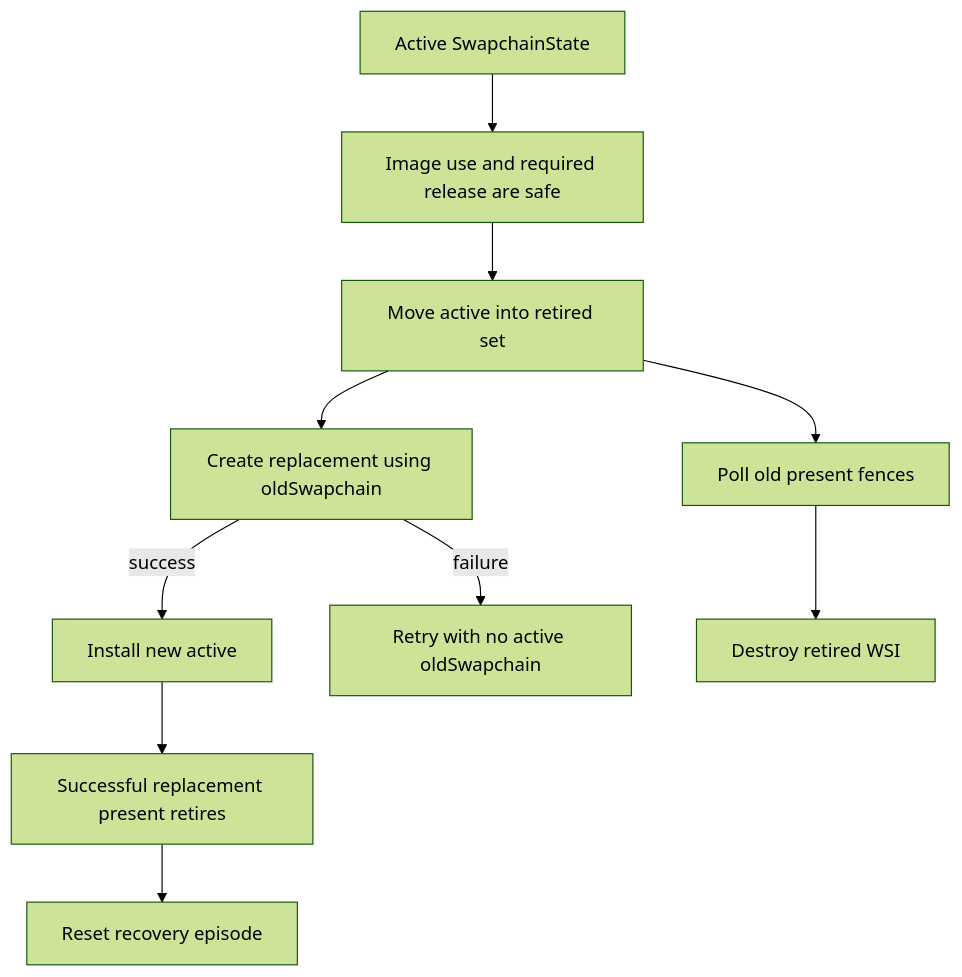
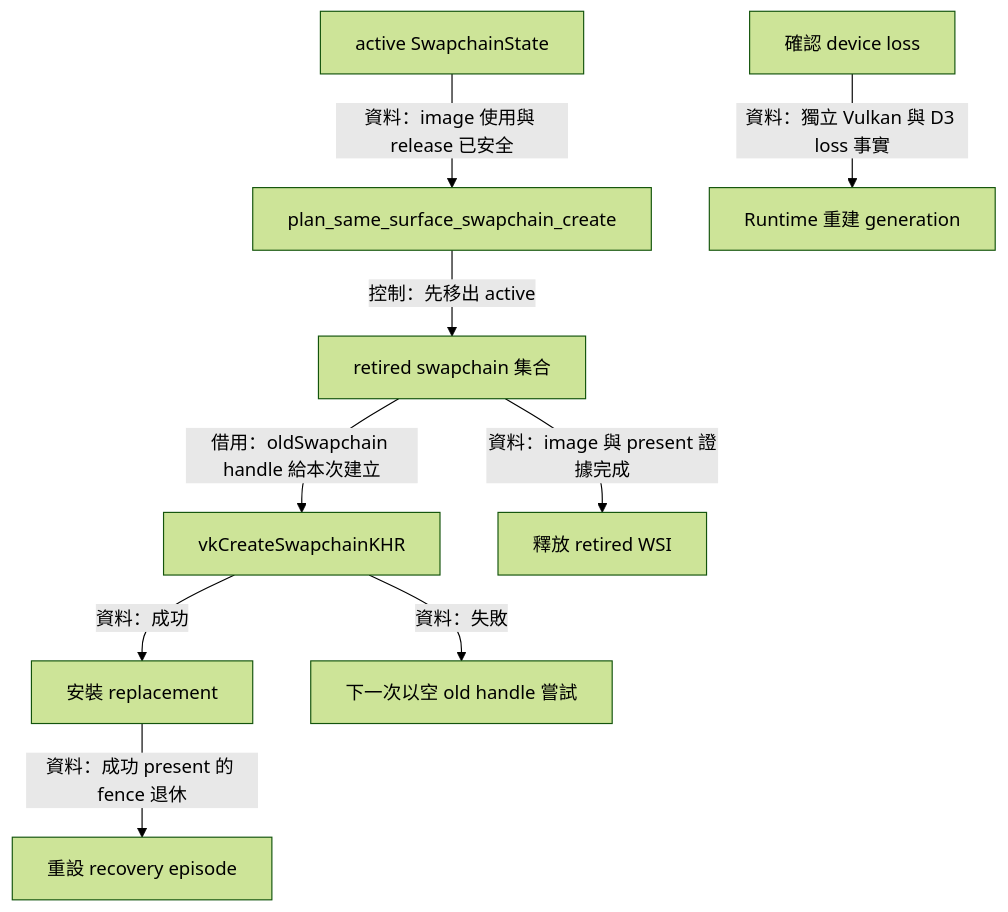
Before and after one commit to Mes0903/avb0795: the seventh of 9 diagrams in docs/architecture/renderer.md, drawn with Mermaid (forest theme). The commit also changed other lines of this file and 156 other files, not shown here.

````diff
--- a/docs/architecture/renderer.md
+++ b/docs/architecture/renderer.md
@@ -133,12 +260,11 @@
 ```mermaid
 flowchart TD
-    Active[Active SwapchainState] --> Safe[Image use and required release are safe]
-    Safe --> Retire[Move active into retired set]
-    Retire --> Create[Create replacement using oldSwapchain]
-    Create -->|success| Replacement[Install new active]
-    Create -->|failure| Retry[Retry with no active oldSwapchain]
-    Retire --> Poll[Poll old present fences]
-    Poll --> Destroy[Destroy retired WSI]
-    Replacement --> Present[Successful replacement present retires]
-    Present --> Reset[Reset recovery episode]
+    Active[active SwapchainState] -->|資料：image 使用與 release 已安全| Plan[plan_same_surface_swapchain_create]
+    Plan -->|控制：先移出 active| Retired[retired swapchain 集合]
+    Retired -->|借用：oldSwapchain handle 給本次建立| Create[vkCreateSwapchainKHR]
+    Create -->|資料：成功| New[安裝 replacement]
+    Create -->|資料：失敗| Retry[下一次以空 old handle 嘗試]
+    Retired -->|資料：image 與 present 證據完成| Destroy[釋放 retired WSI]
+    New -->|資料：成功 present 的 fence 退休| Reset[重設 recovery episode]
+    Loss[確認 device loss] -->|資料：獨立 Vulkan 與 D3 loss 事實| Runtime[Runtime 重建 generation]
 ```
````
